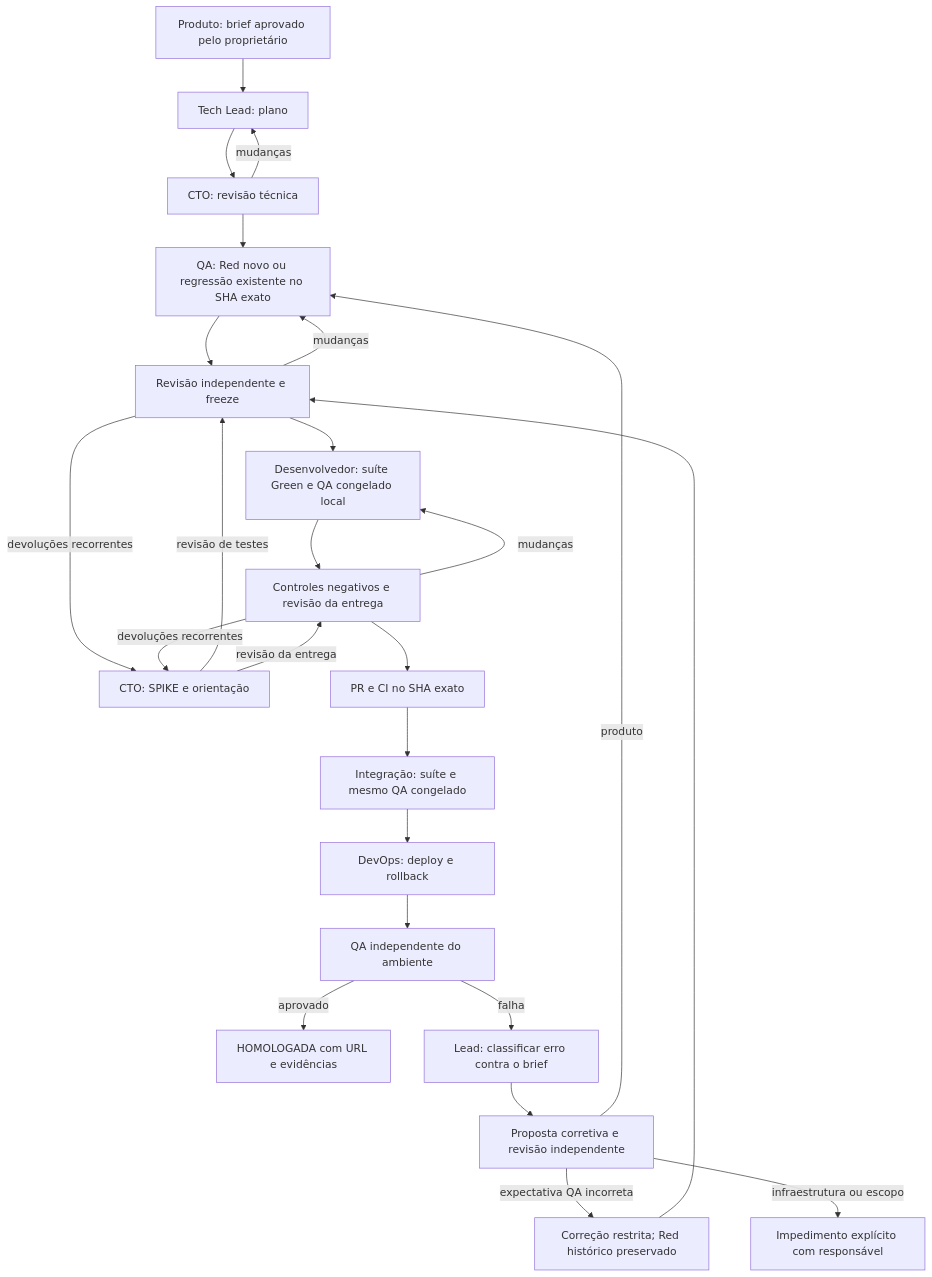
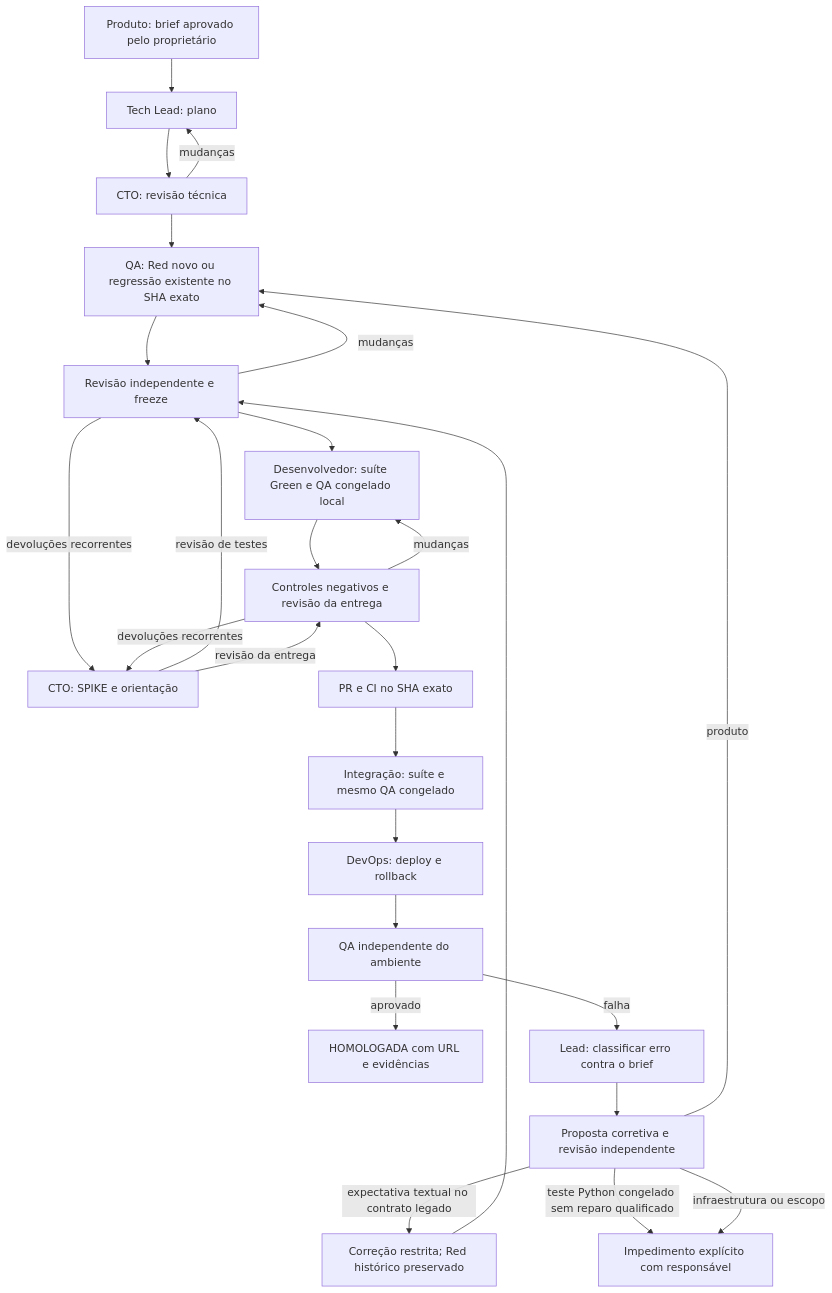
One commit to codifydeep/fabriquinha changed the second of 2 diagrams in README.md. Above: the diagram before and after it, drawn with Mermaid. The commit also changed other lines of this file and 3 other files, not shown here.

````diff
--- a/README.md
+++ b/README.md
@@ -86,27 +89,28 @@
 ```mermaid
 flowchart TD
     B[Produto: brief aprovado pelo proprietário] --> P[Tech Lead: plano]
     P --> C[CTO: revisão técnica]
     C -->|mudanças| P
     C --> T[QA: Red novo ou regressão existente no SHA exato]
     T --> F[Revisão independente e freeze]
     F -->|mudanças| T
     F --> I[Desenvolvedor: suíte Green e QA congelado local]
     I --> N[Controles negativos e revisão da entrega]
     N -->|mudanças| I
     F -->|devoluções recorrentes| ER[CTO: SPIKE e orientação]
     N -->|devoluções recorrentes| ER
     ER -->|revisão de testes| F
     ER -->|revisão da entrega| N
     N --> PR[PR e CI no SHA exato]
     PR --> M[Integração: suíte e mesmo QA congelado]
     M --> D[DevOps: deploy e rollback]
     D --> Q[QA independente do ambiente]
     Q -->|aprovado| H[HOMOLOGADA com URL e evidências]
     Q -->|falha| X[Lead: classificar erro contra o brief]
     X --> R[Proposta corretiva e revisão independente]
     R -->|produto| T
-    R -->|expectativa QA incorreta| RT[Correção restrita; Red histórico preservado]
+    R -->|expectativa textual no contrato legado| RT[Correção restrita; Red histórico preservado]
     RT --> F
+    R -->|teste Python congelado sem reparo qualificado| E
     R -->|infraestrutura ou escopo| E[Impedimento explícito com responsável]
 ```
````
